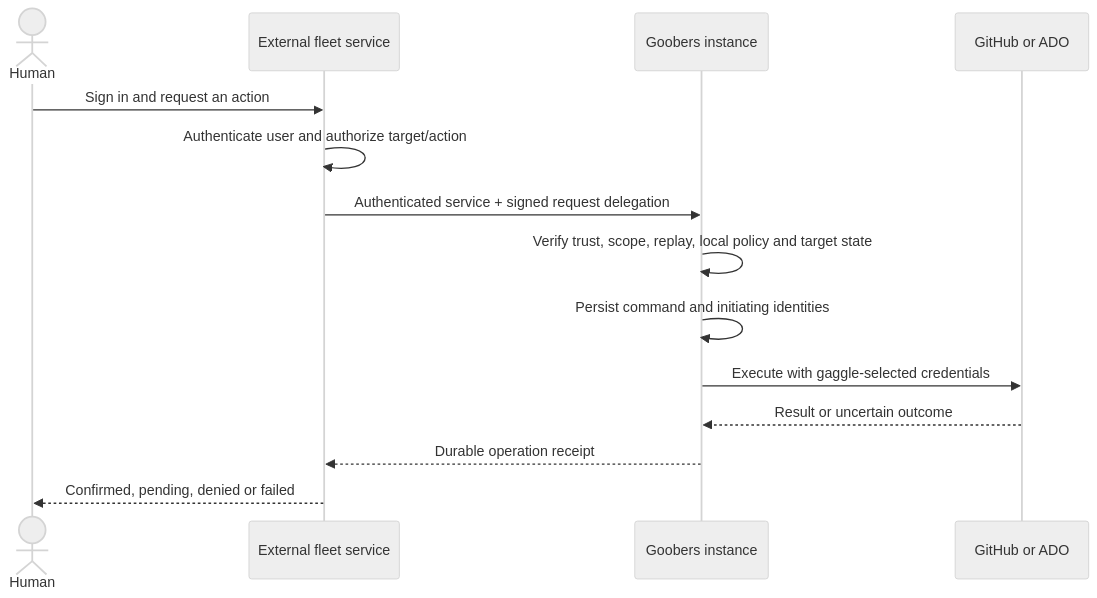
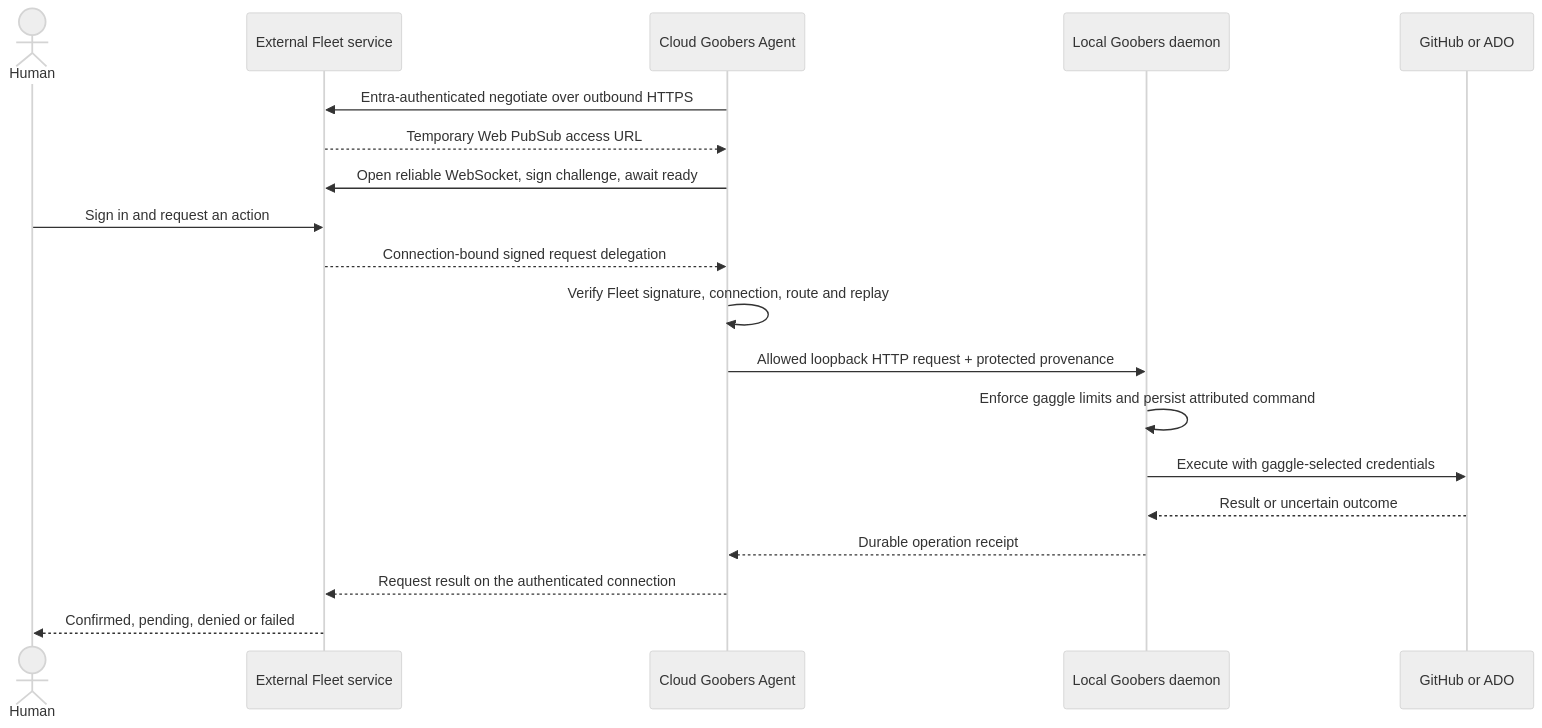
Before and after one commit to Agent-Clubhouse/Goobers: the diagram in docs/design/fleet-delegated-authentication.md, drawn with Mermaid (neutral theme). The commit also changed other lines of this file and 2 other files, not shown here.

Commit message:
docs: align fleet auth with outbound Agent v2 protocol

````diff
--- a/docs/design/fleet-delegated-authentication.md
+++ b/docs/design/fleet-delegated-authentication.md
@@ -64,16 +69,21 @@
 ```mermaid
 sequenceDiagram
     actor Human
-    participant Fleet as External fleet service
-    participant Instance as Goobers instance
+    participant Fleet as External Fleet service
+    participant Agent as Cloud Goobers Agent
+    participant Daemon as Local Goobers daemon
     participant Provider as GitHub or ADO
+    Agent->>Fleet: Entra-authenticated negotiate over outbound HTTPS
+    Fleet-->>Agent: Temporary Web PubSub access URL
+    Agent->>Fleet: Open reliable WebSocket, sign challenge, await ready
     Human->>Fleet: Sign in and request an action
-    Fleet->>Fleet: Authenticate user and authorize target/action
-    Fleet->>Instance: Authenticated service + signed request delegation
-    Instance->>Instance: Verify trust, scope, replay, local policy and target state
-    Instance->>Instance: Persist command and initiating identities
-    Instance->>Provider: Execute with gaggle-selected credentials
-    Provider-->>Instance: Result or uncertain outcome
-    Instance-->>Fleet: Durable operation receipt
+    Fleet-->>Agent: Connection-bound signed request delegation
+    Agent->>Agent: Verify Fleet signature, connection, route and replay
+    Agent->>Daemon: Allowed loopback HTTP request + protected provenance
+    Daemon->>Daemon: Enforce gaggle limits and persist attributed command
+    Daemon->>Provider: Execute with gaggle-selected credentials
+    Provider-->>Daemon: Result or uncertain outcome
+    Daemon-->>Agent: Durable operation receipt
+    Agent-->>Fleet: Request result on the authenticated connection
     Fleet-->>Human: Confirmed, pending, denied or failed
 ```
````
